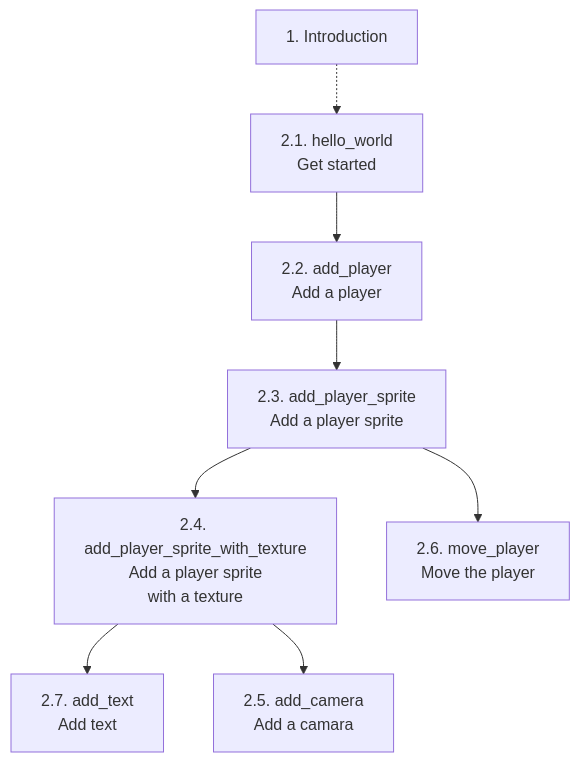
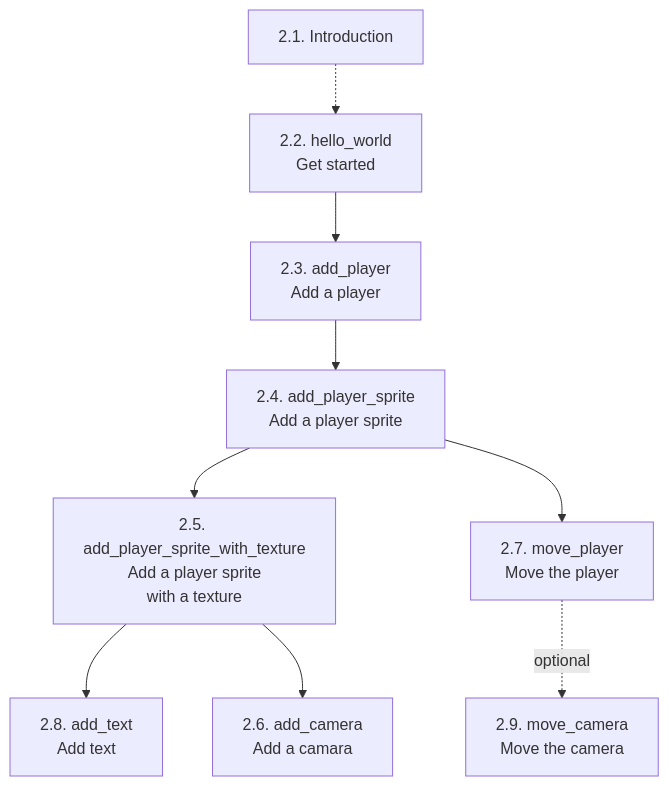
Before and after one commit to richelbilderbeek/bevy_tdd_book: the diagram in docs/misc/basic_introduction.md, drawn with Mermaid. The commit also changed other lines of this file, not shown here.

Commit message:
Better introduction

````diff
--- a/docs/misc/basic_introduction.md
+++ b/docs/misc/basic_introduction.md
@@ -3,19 +9,21 @@
 ```mermaid
 flowchart TD
-  introduction[1. Introduction]
-  hello_world[2.1. hello_world\nGet started]
-  add_player[2.2. add_player\nAdd a player]
-  add_player_sprite[2.3. add_player_sprite\nAdd a player sprite]
-  add_player_sprite_with_texture[2.4. add_player_sprite_with_texture\nAdd a player sprite\nwith a texture]
-  add_camera[2.5. add_camera\nAdd a camara]
-  move_player[2.6. move_player\nMove the player]
-  add_text[2.7. add_text\nAdd text]
+  introduction[2.1. Introduction]
+  hello_world[2.2. hello_world\nGet started]
+  add_player[2.3. add_player\nAdd a player]
+  add_player_sprite[2.4. add_player_sprite\nAdd a player sprite]
+  add_player_sprite_with_texture[2.5. add_player_sprite_with_texture\nAdd a player sprite\nwith a texture]
+  add_camera[2.6. add_camera\nAdd a camara]
+  move_player[2.7. move_player\nMove the player]
+  add_text[2.8. add_text\nAdd text]
+  move_camera[2.9. move_camera\nMove the camera]
 
   introduction -.-> hello_world
   hello_world --> add_player
   add_player --> add_player_sprite
   add_player_sprite --> add_player_sprite_with_texture
   add_player_sprite_with_texture --> add_text
   add_player_sprite_with_texture --> add_camera
   add_player_sprite --> move_player
+  move_player -.-> |optional| move_camera
 ```
````
